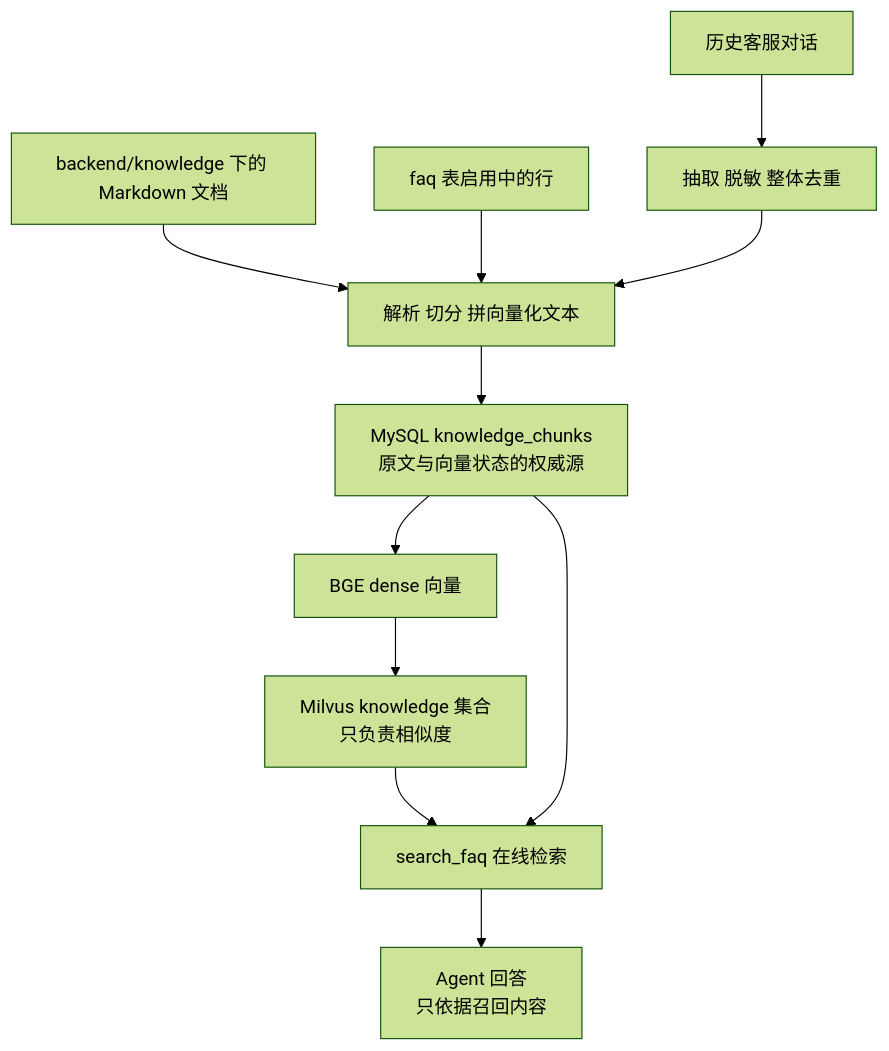
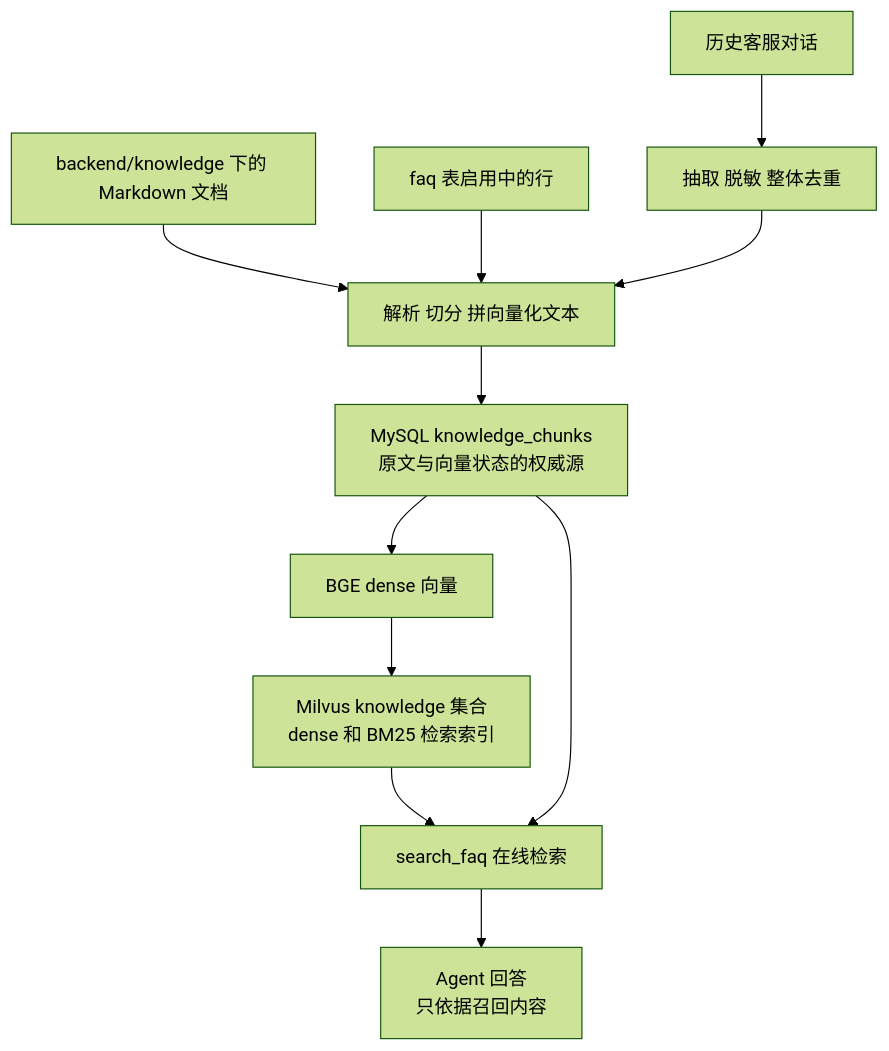
The first of 4 diagrams in docs/RAG.md (Tindalos-ik/Aiden), drawn with Mermaid (forest theme) before and after one commit. The commit also changed other lines of this file and 13 other files, not shown here.

````diff
--- a/docs/RAG.md
+++ b/docs/RAG.md
@@ -11,13 +31,13 @@
 ```mermaid
 graph TD
     docs["backend/knowledge 下的 Markdown 文档"] --> chunk["解析 切分 拼向量化文本"]
     faq["faq 表启用中的行"] --> chunk
     chat["历史客服对话"] --> mine["抽取 脱敏 整体去重"]
     mine --> chunk
     chunk --> mysql["MySQL knowledge_chunks<br/>原文与向量状态的权威源"]
     mysql --> vec["BGE dense 向量"]
-    vec --> store["Milvus knowledge 集合<br/>只负责相似度"]
+    vec --> store["Milvus knowledge 集合<br/>dense 和 BM25 检索索引"]
     store --> online["search_faq 在线检索"]
     mysql --> online
     online --> agent["Agent 回答<br/>只依据召回内容"]
 ```
````
